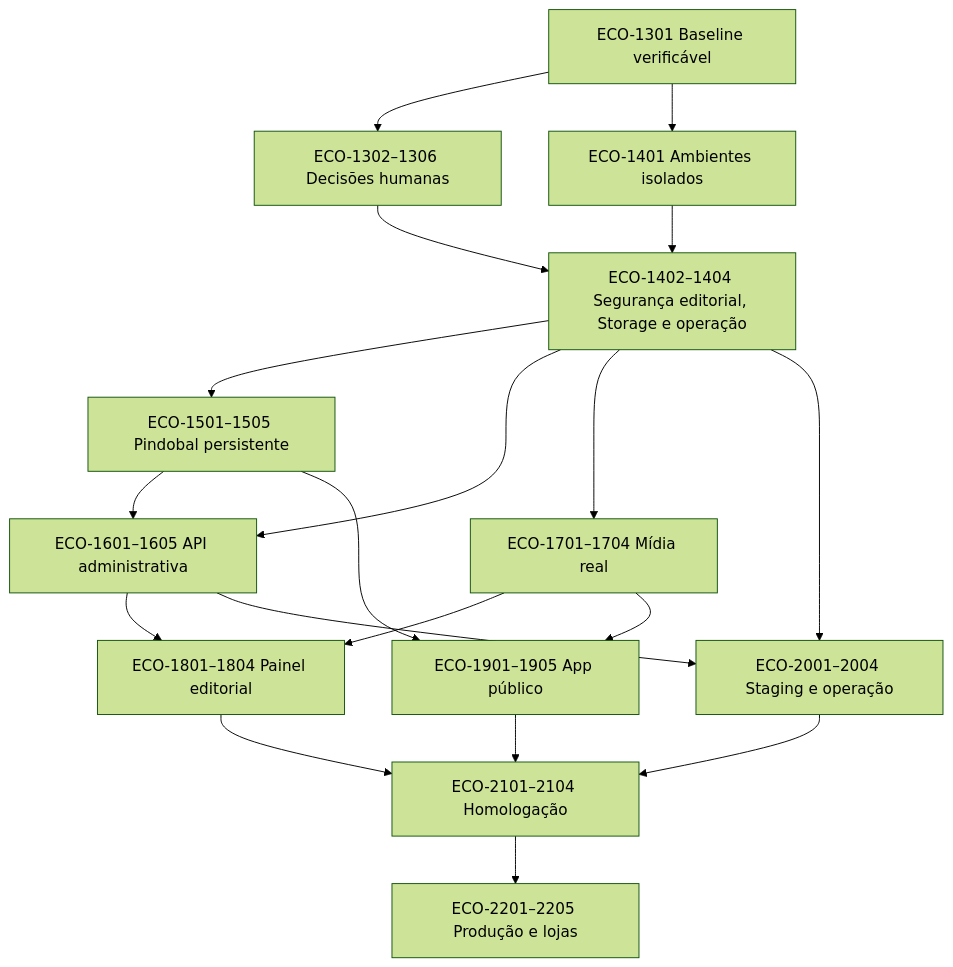
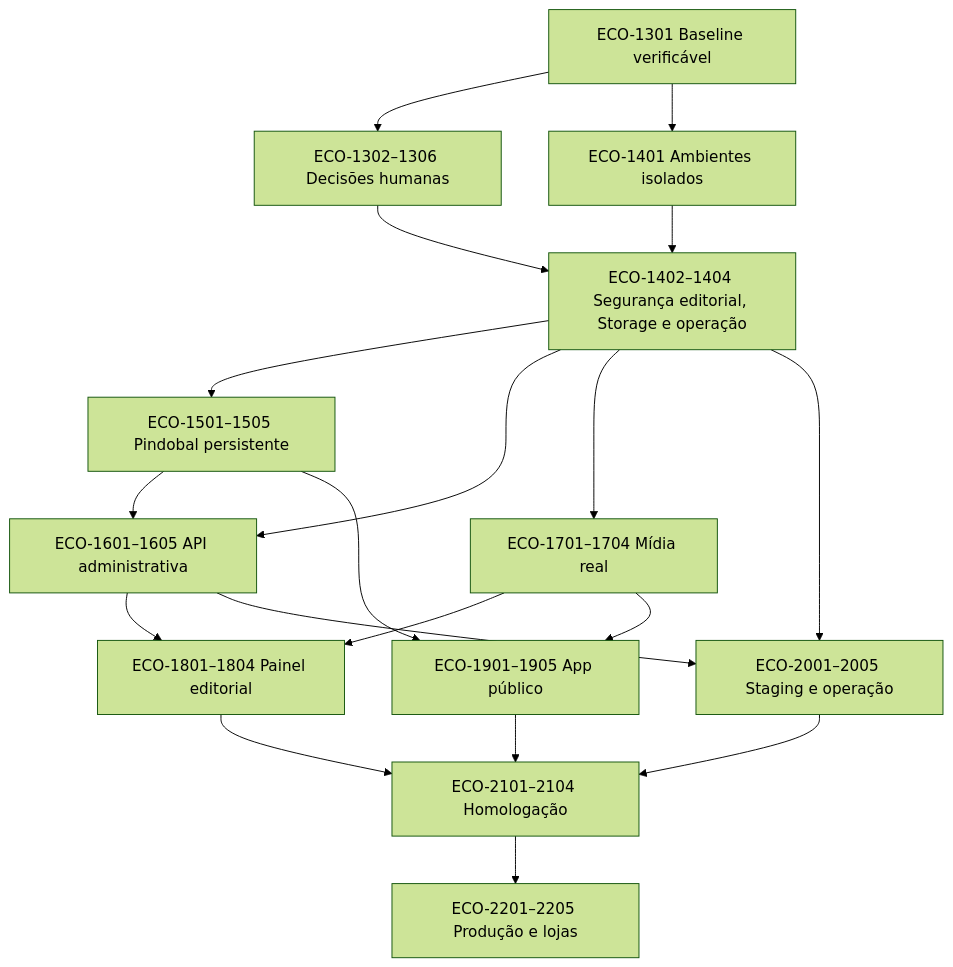
The diagram in docs/finalization/dependency_graph.md (brunodarwich/eco-nexao-v3), drawn with Mermaid (forest theme) before and after one commit. The commit also changed other lines of this file and 6 other files, not shown here.

First line of the commit message:
feat(staging): implement local promotion runner and governance for pindobal (ECO-2005)

````diff
--- a/docs/finalization/dependency_graph.md
+++ b/docs/finalization/dependency_graph.md
@@ -5,21 +5,21 @@
 ```mermaid
 flowchart TD
   B["ECO-1301 Baseline verificável"] --> D["ECO-1302–1306 Decisões humanas"]
   B --> E["ECO-1401 Ambientes isolados"]
   D --> S["ECO-1402–1404 Segurança editorial, Storage e operação"]
   E --> S
   S --> I["ECO-1501–1505 Pindobal persistente"]
   S --> A["ECO-1601–1605 API administrativa"]
   I --> A
   S --> M["ECO-1701–1704 Mídia real"]
   A --> P["ECO-1801–1804 Painel editorial"]
   M --> P
   I --> F["ECO-1901–1905 App público"]
   M --> F
-  S --> T["ECO-2001–2004 Staging e operação"]
+  S --> T["ECO-2001–2005 Staging e operação"]
   A --> T
   P --> H["ECO-2101–2104 Homologação"]
   F --> H
   T --> H
   H --> R["ECO-2201–2205 Produção e lojas"]
 ```
````
